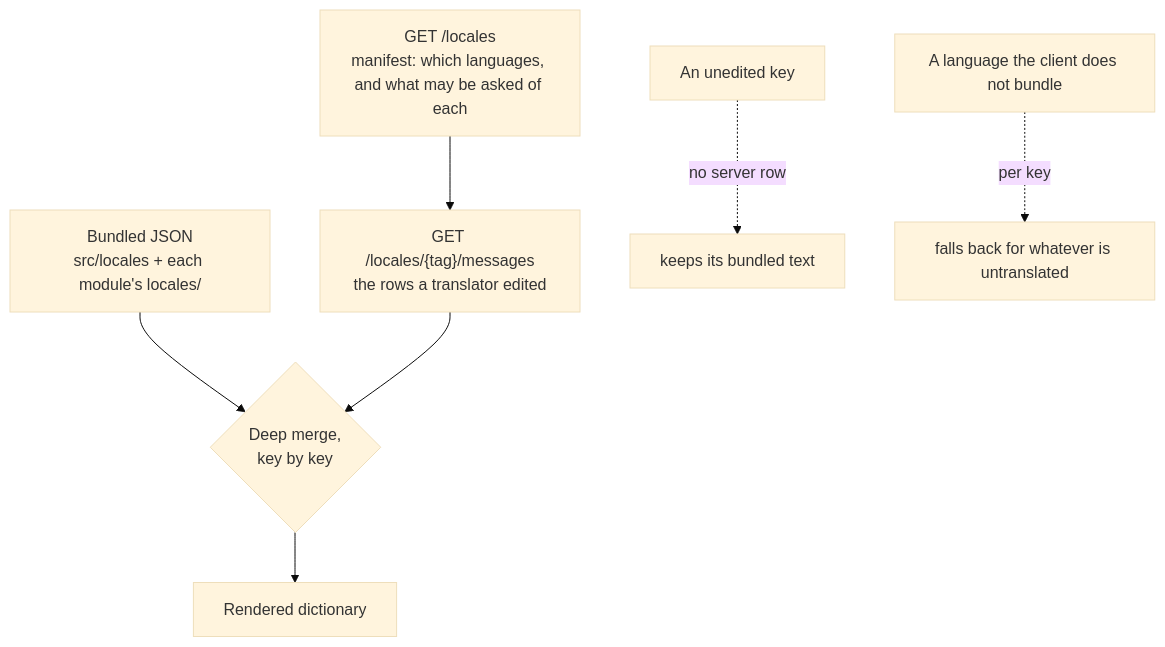
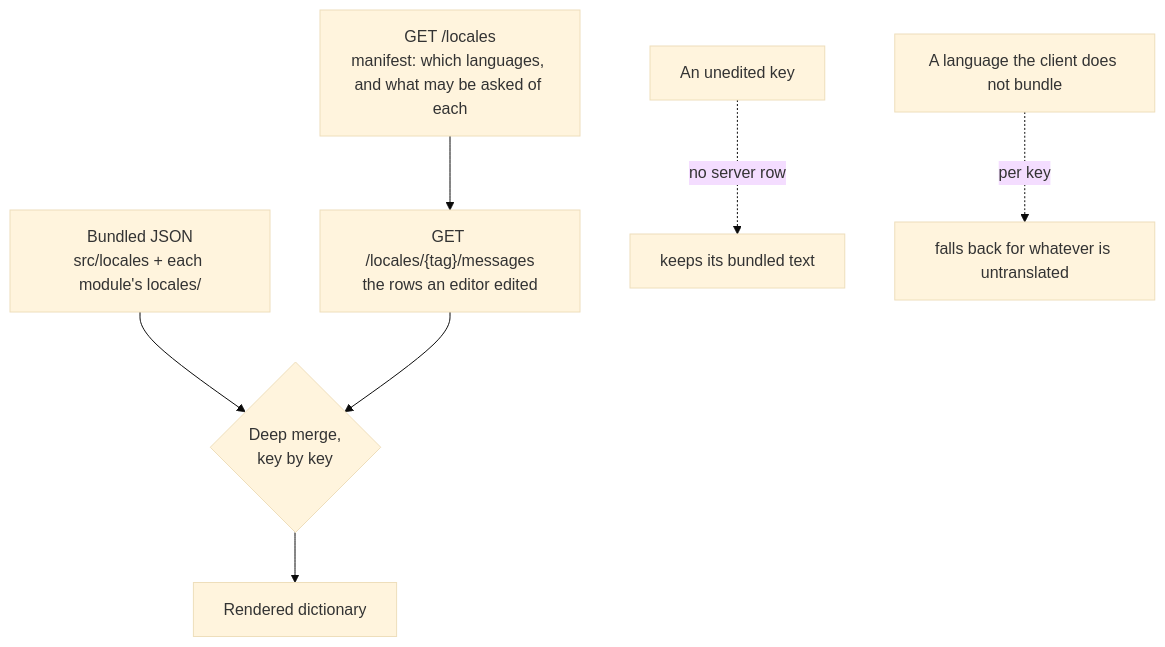
One commit to Guebbit/boilerplate-vue-frontend changed the diagram in docs/modules/locales.md. Above: the diagram before and after it, drawn with Mermaid (base theme). The commit also changed other lines of this file and 22 other files, not shown here.

````diff
--- a/docs/modules/locales.md
+++ b/docs/modules/locales.md
@@ -52,10 +52,10 @@
 ```mermaid
 flowchart TD
     B["Bundled JSON<br/>src/locales + each module's locales/"] --> M{"Deep merge,<br/>key by key"}
     A["GET /locales<br/>manifest: which languages, and what may be asked of each"] --> O
-    O["GET /locales/{tag}/messages<br/>the rows a translator edited"] --> M
+    O["GET /locales/{tag}/messages<br/>the rows an editor edited"] --> M
     M --> R["Rendered dictionary"]
 
     U["An unedited key"] -.->|"no server row"| K["keeps its bundled text"]
     N["A language the client does not bundle"] -.->|"per key"| F["falls back for whatever is untranslated"]
 ```
````
